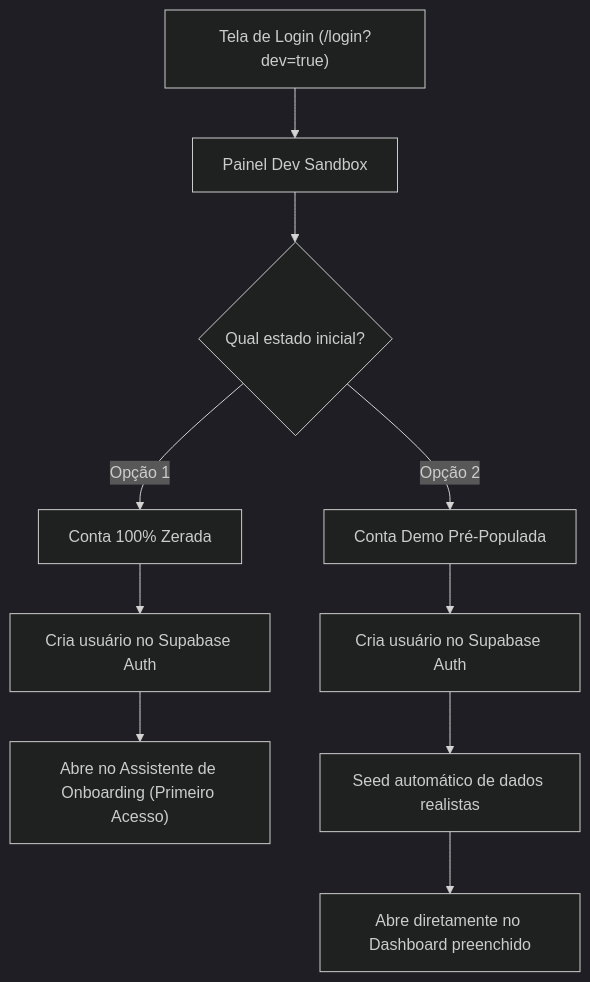
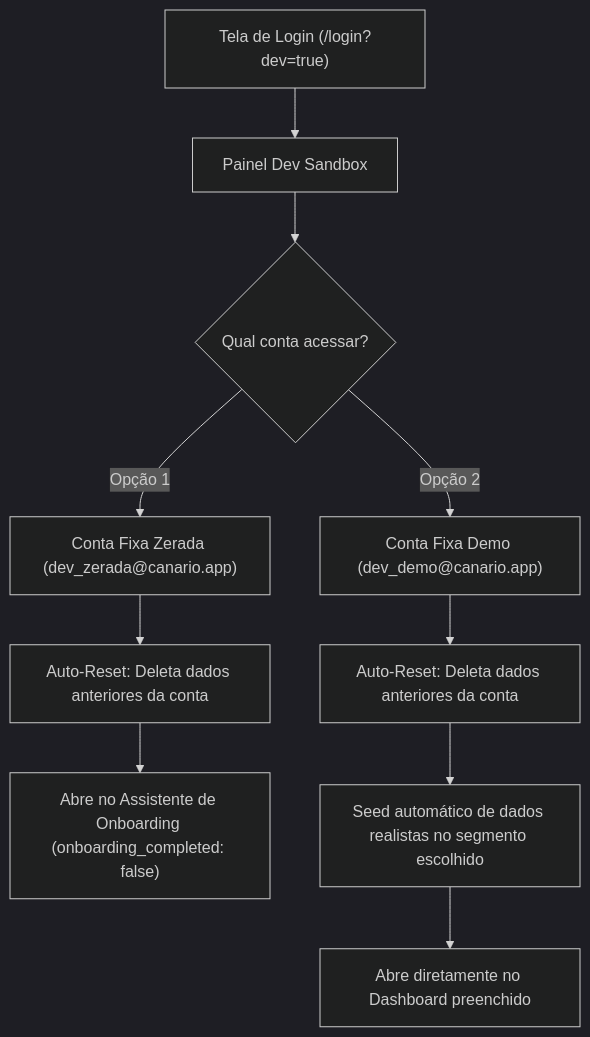
Before and after one commit to aleerangel/financeiro-app: the diagram in docs/saas-canario/06-requisitos-dev-sandbox.md, drawn with Mermaid (dark theme). The commit also changed other lines of this file and 4 other files, not shown here.

Commit message:
feat(dev-sandbox): adota contas fixas com auto-reset para evitar acumulo no banco de dados

````diff
--- a/docs/saas-canario/06-requisitos-dev-sandbox.md
+++ b/docs/saas-canario/06-requisitos-dev-sandbox.md
@@ -25,14 +32,14 @@
 ```mermaid
 flowchart TD
     Login["Tela de Login (/login?dev=true)"] --> Modal["Painel Dev Sandbox"]
-    Modal --> Choice{"Qual estado inicial?"}
-    Choice -->|Opção 1| Zerada["Conta 100% Zerada"]
-    Choice -->|Opção 2| Demo["Conta Demo Pré-Populada"]
+    Modal --> Choice{"Qual conta acessar?"}
+    Choice -->|Opção 1| Zerada["Conta Fixa Zerada (dev_zerada@canario.app)"]
+    Choice -->|Opção 2| Demo["Conta Fixa Demo (dev_demo@canario.app)"]
     
-    Zerada --> Create1["Cria usuário no Supabase Auth"]
-    Create1 --> Onboarding["Abre no Assistente de Onboarding (Primeiro Acesso)"]
+    Zerada --> Reset1["Auto-Reset: Deleta dados anteriores da conta"]
+    Reset1 --> Onboarding["Abre no Assistente de Onboarding (onboarding_completed: false)"]
     
-    Demo --> Create2["Cria usuário no Supabase Auth"]
-    Create2 --> Seed["Seed automático de dados realistas"]
+    Demo --> Reset2["Auto-Reset: Deleta dados anteriores da conta"]
+    Reset2 --> Seed["Seed automático de dados realistas no segmento escolhido"]
     Seed --> Dashboard["Abre diretamente no Dashboard preenchido"]
 ```
````
